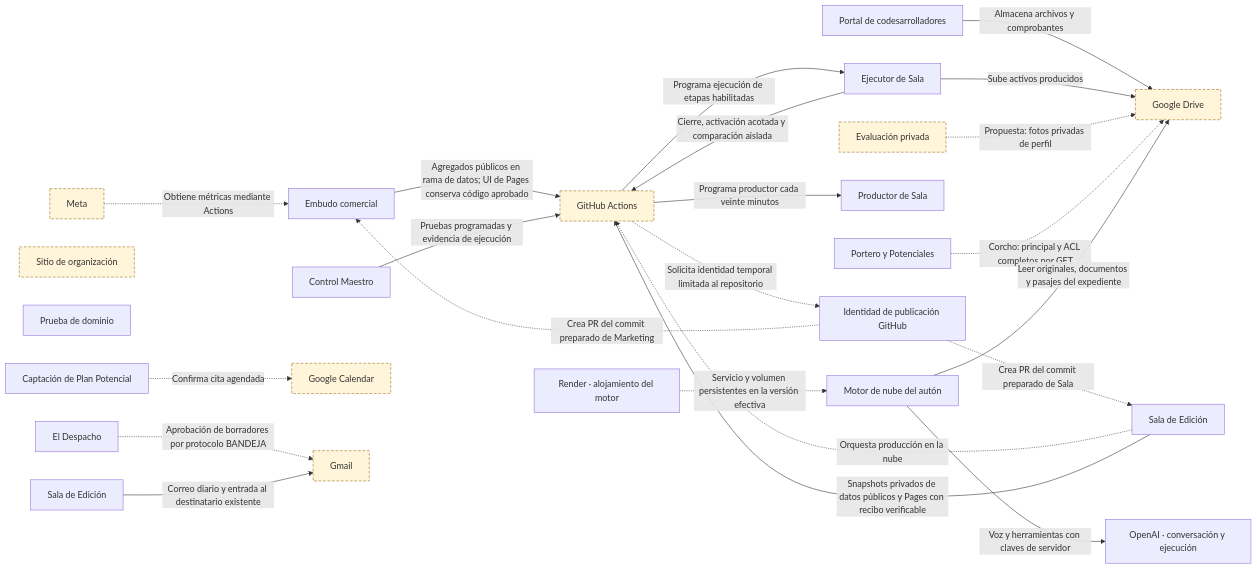
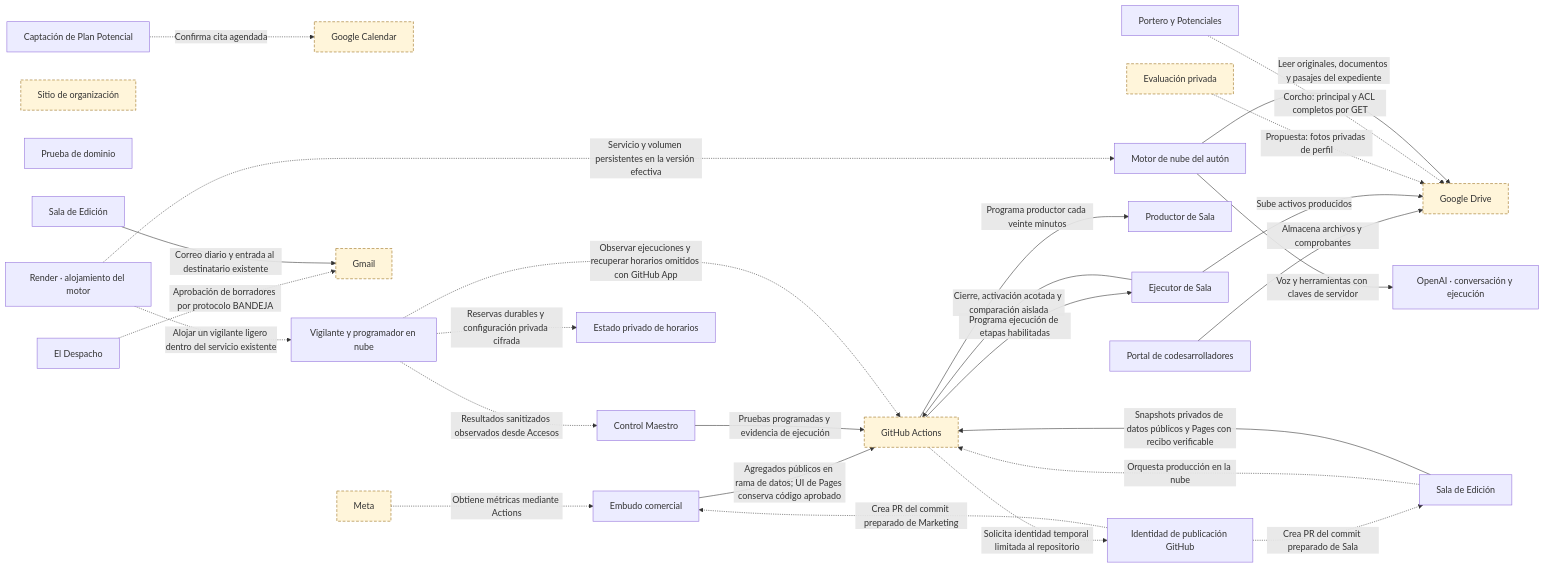
Before and after one commit to yodesarrollomx/yod-portal: the eighth of 12 diagrams in docs/arquitectura/mapas.md, drawn with Mermaid. The commit also changed other lines of this file and 10 other files, not shown here.

Commit message:
Registrar vigilancia de horarios en Render y recuperación segura

````diff
--- a/docs/arquitectura/mapas.md
+++ b/docs/arquitectura/mapas.md
@@ -364,54 +366,60 @@
 ```mermaid
 flowchart LR
   n_SYS_DESPACHO["El Despacho"]
   n_SYS_MARKETING["Embudo comercial"]
   n_SYS_CONTROL["Control Maestro"]
   n_SYS_SALA["Sala de Edición"]
   n_SYS_SITIO_ORG["Sitio de organización"]
   n_SYS_PRUEBA_DOMINIO["Prueba de dominio"]
   n_GAS_PORTERO["Portero y Potenciales"]
   n_GAS_PLAN_POTENCIAL["Captación de Plan Potencial"]
   n_GAS_CODES["Portal de codesarrolladores"]
   n_GAS_SALA["Sala de Edición"]
   n_GAS_EMD["Evaluación privada"]
   n_EXT_DRIVE["Google Drive"]
   n_EXT_CALENDAR["Google Calendar"]
   n_EXT_META["Meta"]
   n_EXT_GMAIL["Gmail"]
   n_EXT_ACTIONS["GitHub Actions"]
   n_SVC_SALA_PRODUCTOR["Productor de Sala"]
   n_SVC_SALA_EJECUTOR["Ejecutor de Sala"]
   n_EXT_GITHUB_PUBLISHER_APP["Identidad de publicación GitHub"]
   n_SVC_AUTON_CLOUD["Motor de nube del autón"]
   n_EXT_OPENAI["OpenAI · conversación y ejecución"]
   n_EXT_RENDER["Render · alojamiento del motor"]
+  n_SVC_HORARIOS_CLOUD["Vigilante y programador en nube"]
+  n_STORE_HORARIOS_CLOUD["Estado privado de horarios"]
   n_GAS_PLAN_POTENCIAL -.->|Confirma cita agendada| n_EXT_CALENDAR
   n_EXT_META -.->|Obtiene métricas mediante Actions| n_SYS_MARKETING
   n_SYS_DESPACHO -.->|Aprobación de borradores por protocolo BANDEJA| n_EXT_GMAIL
   n_GAS_CODES -->|Almacena archivos y comprobantes| n_EXT_DRIVE
   n_SYS_SALA -.->|Orquesta producción en la nube| n_EXT_ACTIONS
   n_EXT_ACTIONS -->|Programa productor cada veinte minutos| n_SVC_SALA_PRODUCTOR
   n_EXT_ACTIONS -->|Programa ejecución de etapas habilitadas| n_SVC_SALA_EJECUTOR
   n_SVC_SALA_EJECUTOR -->|Sube activos producidos| n_EXT_DRIVE
   n_EXT_ACTIONS -.->|Solicita identidad temporal limitada al repositorio| n_EXT_GITHUB_PUBLISHER_APP
   n_EXT_GITHUB_PUBLISHER_APP -.->|Crea PR del commit preparado de Sala| n_SYS_SALA
   n_EXT_GITHUB_PUBLISHER_APP -.->|Crea PR del commit preparado de Marketing| n_SYS_MARKETING
   n_GAS_EMD -.->|Propuesta: fotos privadas de perfil| n_EXT_DRIVE
   n_GAS_PORTERO -.->|Corcho: principal y ACL completos por GET| n_EXT_DRIVE
   n_SVC_AUTON_CLOUD -->|Leer originales, documentos y pasajes del expediente| n_EXT_DRIVE
   n_SVC_AUTON_CLOUD -->|Voz y herramientas con claves de servidor| n_EXT_OPENAI
   n_EXT_RENDER -.->|Servicio y volumen persistentes en la versión efectiva| n_SVC_AUTON_CLOUD
   n_SYS_SALA -->|Snapshots privados de datos públicos y Pages con recibo verificable| n_EXT_ACTIONS
   n_SYS_MARKETING -->|Agregados públicos en rama de datos; UI de Pages conserva código aprobado| n_EXT_ACTIONS
   n_GAS_SALA -->|Correo diario y entrada al destinatario existente| n_EXT_GMAIL
   n_SVC_SALA_EJECUTOR -->|Cierre, activación acotada y comparación aislada| n_EXT_ACTIONS
   n_SYS_CONTROL -->|Pruebas programadas y evidencia de ejecución| n_EXT_ACTIONS
+  n_EXT_RENDER -.->|Alojar un vigilante ligero dentro del servicio existente| n_SVC_HORARIOS_CLOUD
+  n_SVC_HORARIOS_CLOUD -.->|Reservas durables y configuración privada cifrada| n_STORE_HORARIOS_CLOUD
+  n_SVC_HORARIOS_CLOUD -.->|Observar ejecuciones y recuperar horarios omitidos con GitHub App| n_EXT_ACTIONS
+  n_SVC_HORARIOS_CLOUD -.->|Resultados sanitizados observados desde Accesos| n_SYS_CONTROL
   classDef pendiente fill:#fff5da,stroke:#996d16,stroke-dasharray:5 3;
   class n_SYS_SITIO_ORG pendiente;
   class n_GAS_EMD pendiente;
   class n_EXT_DRIVE pendiente;
   class n_EXT_CALENDAR pendiente;
   class n_EXT_META pendiente;
   class n_EXT_GMAIL pendiente;
   class n_EXT_ACTIONS pendiente;
 ```
````
